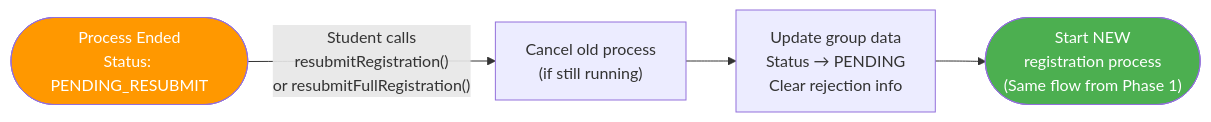
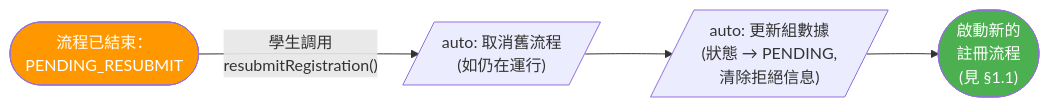
The third of 7 diagrams in student-org-workflow-flowcharts.md (OneStar-Projects/SLAS-Docs), drawn with Mermaid before and after one commit. The commit also changed other lines of this file and 1 other file, not shown here.

````diff
--- a/student-org-workflow-flowcharts.md
+++ b/student-org-workflow-flowcharts.md
@@ -153,12 +201,10 @@
 ```mermaid
 flowchart LR
-    Rejected(["Process Ended<br>Status: PENDING_RESUBMIT"])
-    Rejected -->|"Student calls<br>resubmitRegistration()<br>or resubmitFullRegistration()"| Cancel
-
-    Cancel["Cancel old process<br>(if still running)"]
-    Cancel --> Update["Update group data<br>Status → PENDING<br>Clear rejection info"]
-    Update --> NewProcess(["Start NEW<br>registration process<br>(Same flow from Phase 1)"])
+    Rejected(["流程已結束：<br/>PENDING_RESUBMIT"])
+    Rejected -->|"學生調用<br/>resubmitRegistration()"| Cancel[/"auto: 取消舊流程<br/>(如仍在運行)"/]
+    Cancel --> Update[/"auto: 更新組數據<br/>(狀態 → PENDING,<br/>清除拒絕信息)"/]
+    Update --> NewProcess(["啟動新的<br/>註冊流程<br/>(見 §1.1)"])
 
     style Rejected fill:#FF9800,color:#fff
     style NewProcess fill:#4CAF50,color:#fff
 ```
````
